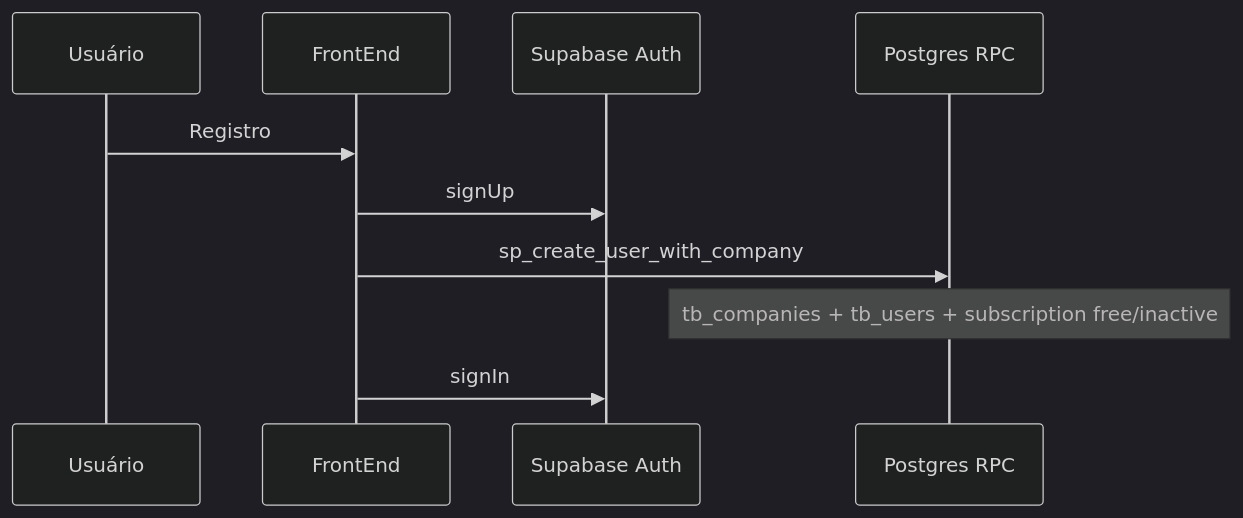
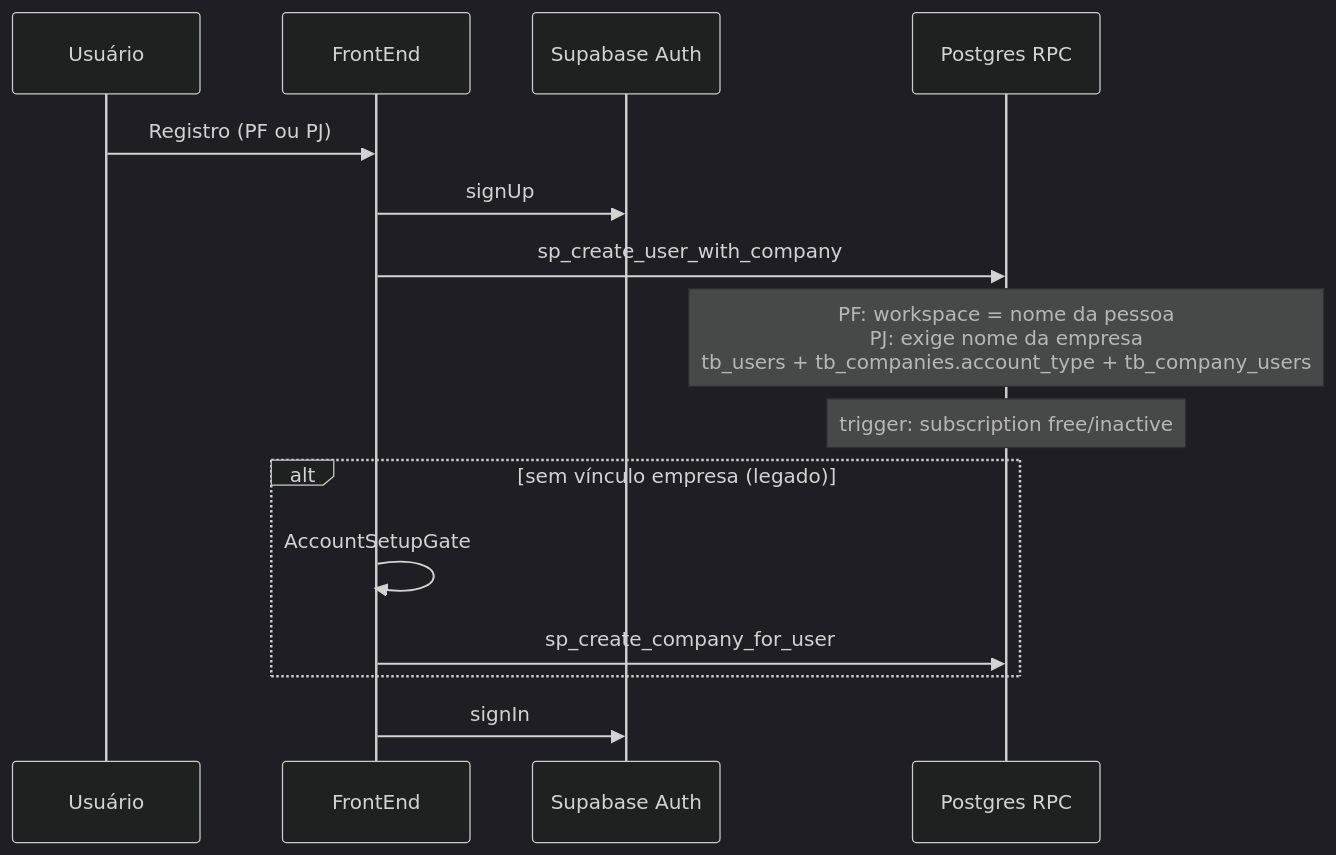
Diagram 14 of 20 in README.md (onsmart/Plataforma-Sonia), drawn with Mermaid (dark theme) before and after one commit. The commit also changed other lines of this file and 11 other files, not shown here.

````diff
--- a/README.md
+++ b/README.md
@@ -479,13 +479,18 @@
 ```mermaid
 sequenceDiagram
   participant U as Usuário
   participant FE as FrontEnd
   participant Auth as Supabase Auth
   participant DB as Postgres RPC
 
-  U->>FE: Registro
+  U->>FE: Registro (PF ou PJ)
   FE->>Auth: signUp
   FE->>DB: sp_create_user_with_company
-  Note over DB: tb_companies + tb_users + subscription free/inactive
+  Note over DB: PF: workspace = nome da pessoa<br/>PJ: exige nome da empresa<br/>tb_users + tb_companies.account_type + tb_company_users
+  Note over DB: trigger: subscription free/inactive
+  alt sem vínculo empresa (legado)
+    FE->>FE: AccountSetupGate
+    FE->>DB: sp_create_company_for_user
+  end
   FE->>Auth: signIn
 ```
````
